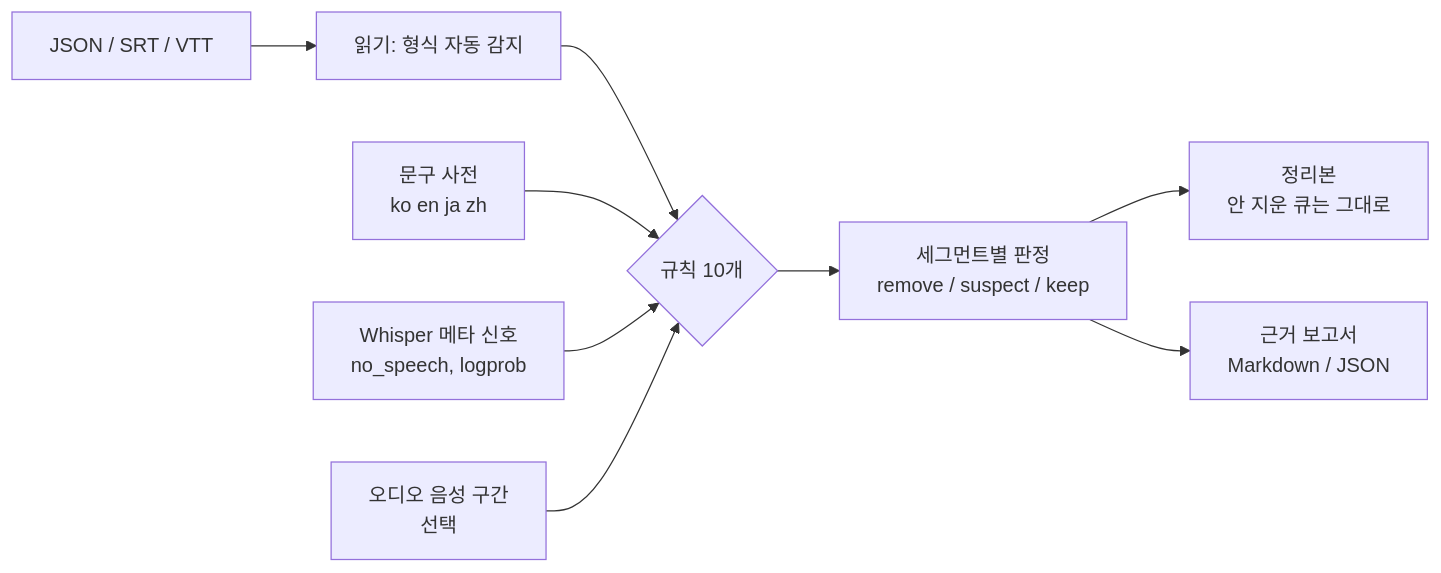
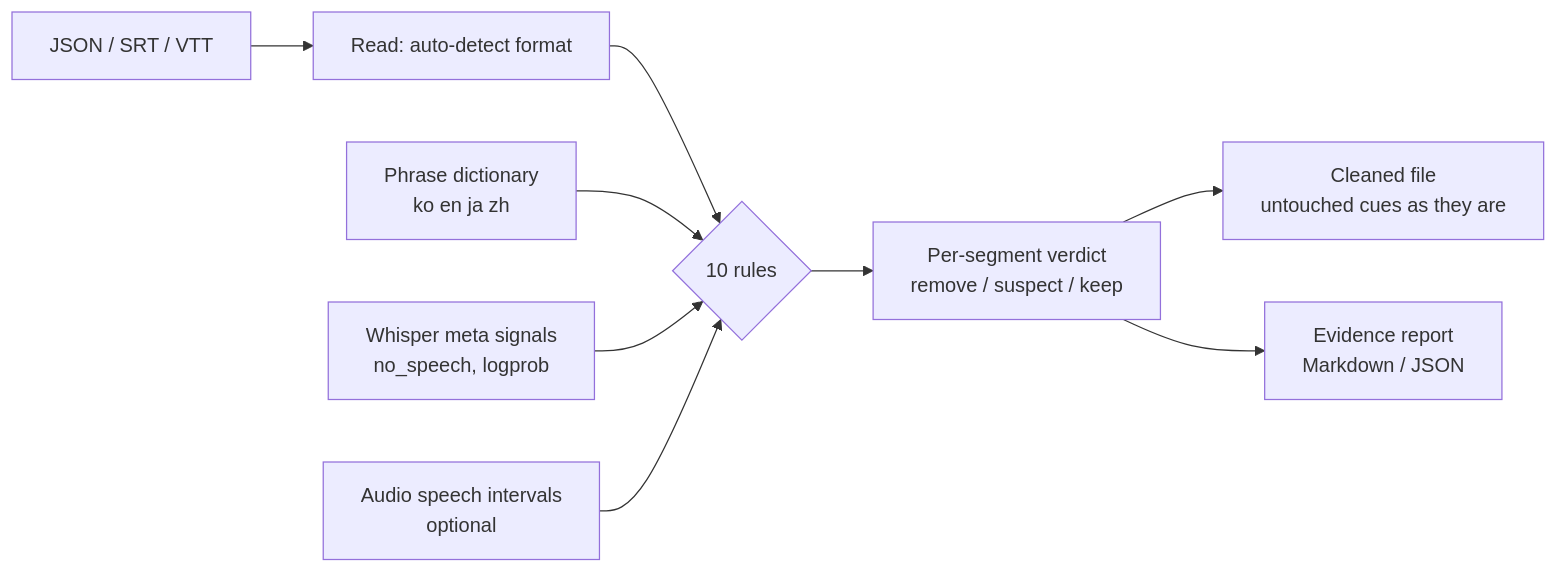
Before and after one commit to LeeGyeongPil/whisper-scrub: the diagram in README.md, drawn with Mermaid. The commit also changed other lines of this file and 2 other files, not shown here.

````diff
--- a/README.md
+++ b/README.md
@@ -104,11 +102,11 @@
 ```mermaid
 flowchart LR
-    A[JSON / SRT / VTT] --> B[읽기: 형식 자동 감지]
-    B --> C{규칙 10개}
-    P[문구 사전<br>ko en ja zh] --> C
-    M[Whisper 메타 신호<br>no_speech, logprob] --> C
-    S[오디오 음성 구간<br>선택] --> C
-    C --> D[세그먼트별 판정<br>remove / suspect / keep]
-    D --> E[정리본<br>안 지운 큐는 그대로]
-    D --> F[근거 보고서<br>Markdown / JSON]
+    A["JSON / SRT / VTT"] --> B["Read: auto-detect format"]
+    B --> C{"10 rules"}
+    P["Phrase dictionary<br>ko en ja zh"] --> C
+    M["Whisper meta signals<br>no_speech, logprob"] --> C
+    S["Audio speech intervals<br>optional"] --> C
+    C --> D["Per-segment verdict<br>remove / suspect / keep"]
+    D --> E["Cleaned file<br>untouched cues as they are"]
+    D --> F["Evidence report<br>Markdown / JSON"]
 ```
````
